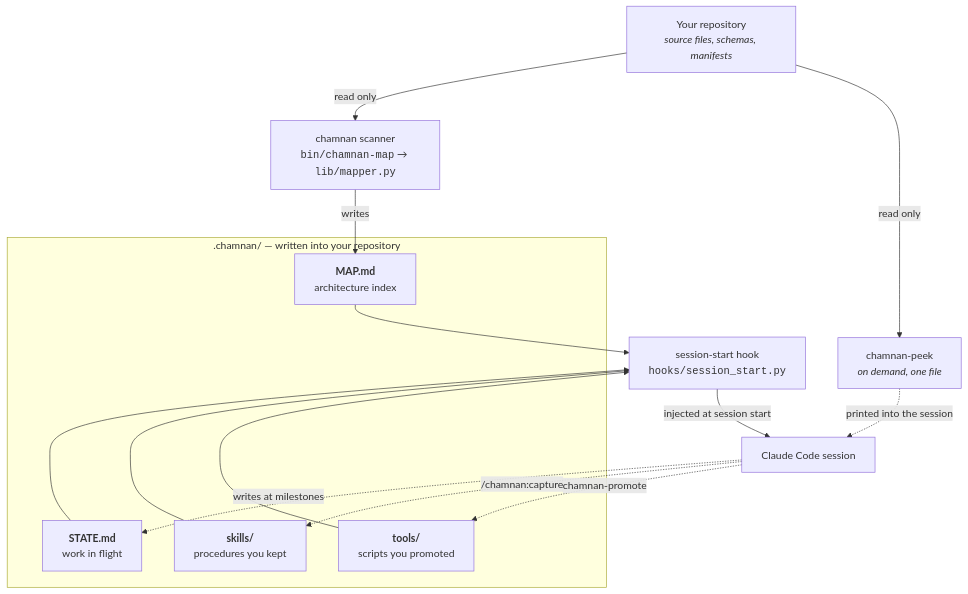
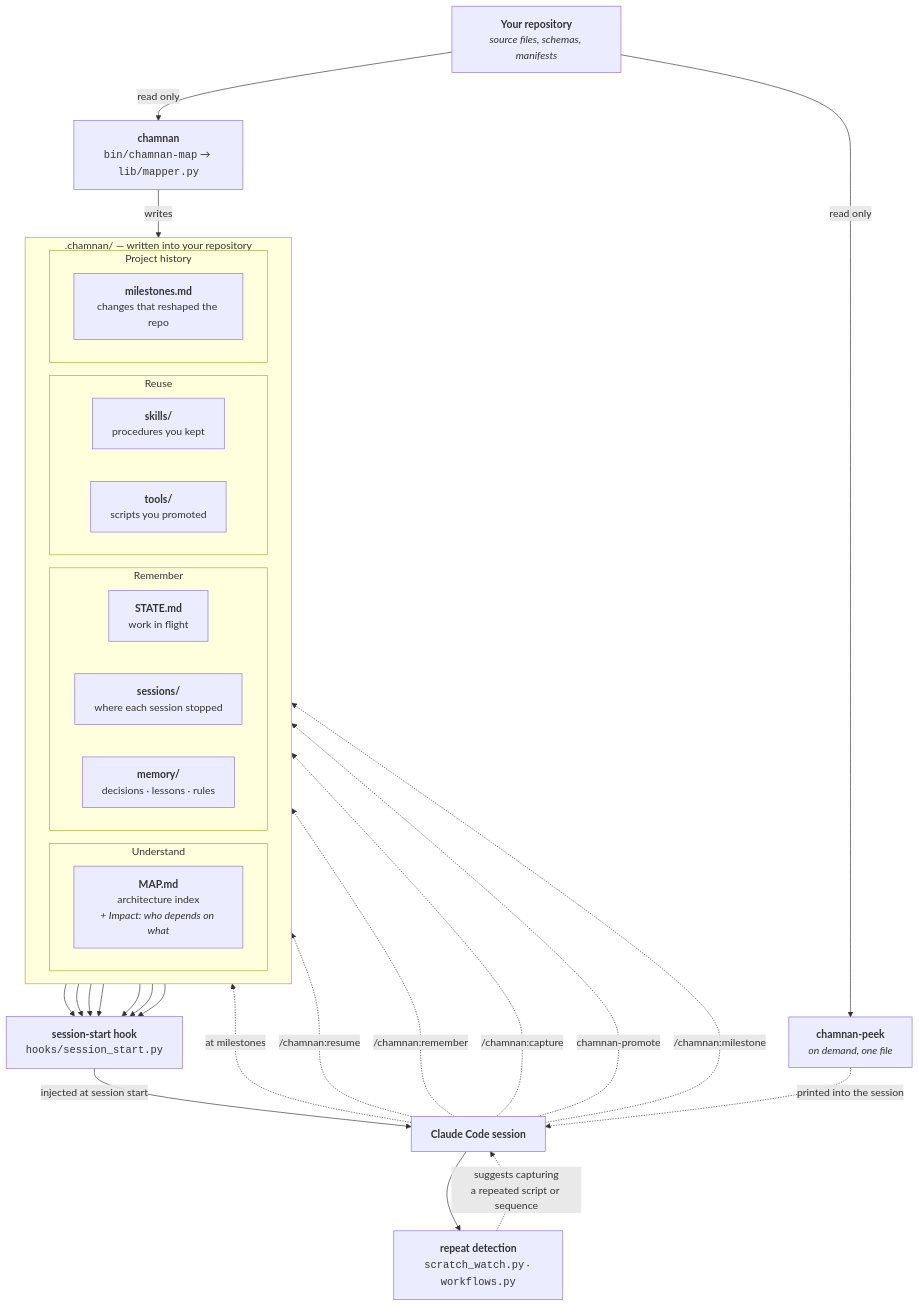
The diagram in docs/architecture.md (ArcticFox2029/chamnan), drawn with Mermaid before and after one commit. The commit also changed other lines of this file and 2 other files, not shown here.

First paragraph of the commit message:
docs: align architecture docs with continuity model
Both diagrams predated the 1.3.0 release. data-flow.md named none of the new
stores at all — sessions, memory, milestones and impact each returned zero
occurrences — so this was a gap rather than a tidy-up.

````diff
--- a/docs/architecture.md
+++ b/docs/architecture.md
@@ -5,34 +5,59 @@
 ```mermaid
 flowchart TD
-    REPO["Your repository<br/><i>source files, schemas, manifests</i>"]
-
-    SCAN["chamnan scanner<br/><code>bin/chamnan-map</code> → <code>lib/mapper.py</code>"]
+    REPO["<b>Your repository</b><br/><i>source files, schemas, manifests</i>"]
+    SCAN["<b>chamnan</b><br/><code>bin/chamnan-map</code> → <code>lib/mapper.py</code>"]
 
     subgraph WS[".chamnan/ — written into your repository"]
-        MAP["<b>MAP.md</b><br/>architecture index"]
-        STATE["<b>STATE.md</b><br/>work in flight"]
-        PROC["<b>skills/</b><br/>procedures you kept"]
-        TOOLS["<b>tools/</b><br/>scripts you promoted"]
+        direction LR
+
+        subgraph U["Understand"]
+            MAP["<b>MAP.md</b><br/>architecture index<br/><i>+ Impact: who depends on what</i>"]
+        end
+
+        subgraph R["Remember"]
+            STATE["<b>STATE.md</b><br/>work in flight"]
+            SESS["<b>sessions/</b><br/>where each session stopped"]
+            MEM["<b>memory/</b><br/>decisions · lessons · rules"]
+        end
+
+        subgraph E["Reuse"]
+            PROC["<b>skills/</b><br/>procedures you kept"]
+            TOOLS["<b>tools/</b><br/>scripts you promoted"]
+        end
+
+        subgraph H["Project history"]
+            MILE["<b>milestones.md</b><br/>changes that reshaped the repo"]
+        end
     end
 
-    HOOK["session-start hook<br/><code>hooks/session_start.py</code>"]
-    CLAUDE["Claude Code session"]
+    HOOK["<b>session-start hook</b><br/><code>hooks/session_start.py</code>"]
+    CLAUDE["<b>Claude Code session</b>"]
+    WATCH["<b>repeat detection</b><br/><code>scratch_watch.py</code> · <code>workflows.py</code>"]
 
     REPO -- "read only" --> SCAN
     SCAN -- "writes" --> MAP
 
-    CLAUDE -. "writes at milestones" .-> STATE
+    CLAUDE -. "at milestones" .-> STATE
+    CLAUDE -. "/chamnan:resume" .-> SESS
+    CLAUDE -. "/chamnan:remember" .-> MEM
     CLAUDE -. "/chamnan:capture" .-> PROC
     CLAUDE -. "chamnan-promote" .-> TOOLS
+    CLAUDE -. "/chamnan:milestone" .-> MILE
+
+    CLAUDE --> WATCH
+    WATCH -. "suggests capturing<br/>a repeated script or sequence" .-> CLAUDE
 
     MAP --> HOOK
     STATE --> HOOK
+    SESS --> HOOK
+    MEM --> HOOK
     PROC --> HOOK
     TOOLS --> HOOK
+    MILE --> HOOK
 
     HOOK -- "injected at session start" --> CLAUDE
 
-    PEEK["chamnan-peek<br/><i>on demand, one file</i>"]
+    PEEK["<b>chamnan-peek</b><br/><i>on demand, one file</i>"]
     REPO -- "read only" --> PEEK
     PEEK -. "printed into the session" .-> CLAUDE
 ```
````
